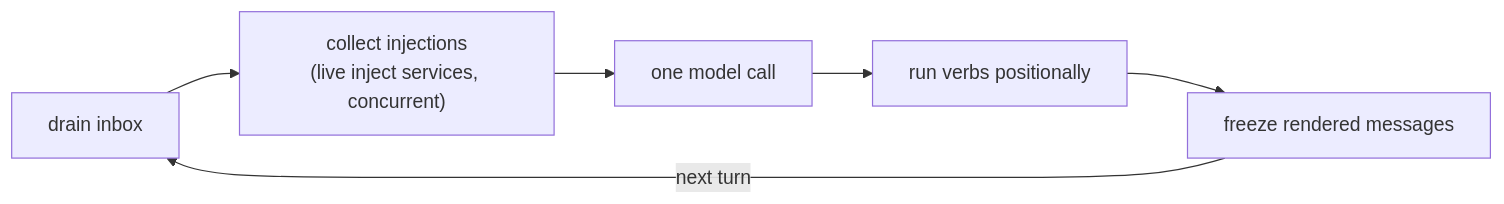
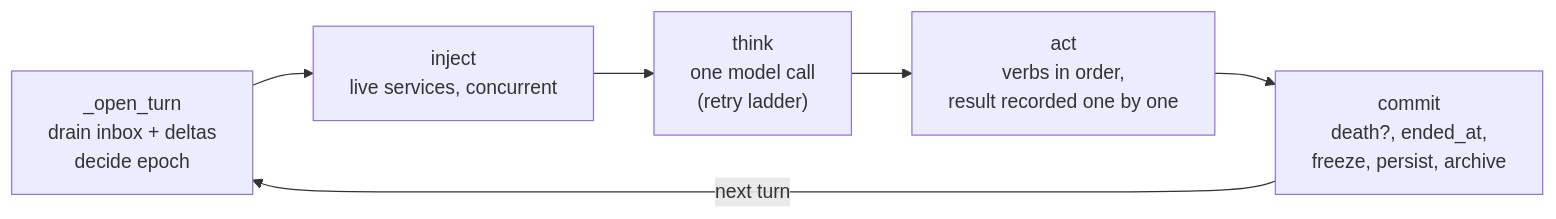
Before and after one commit to DarkSpaceY/NAN-itself: the second of 7 diagrams in docs/for-contributors/architecture.md, drawn with Mermaid. The commit also changed other lines of this file and 14 other files, not shown here.

````diff
--- a/docs/for-contributors/architecture.md
+++ b/docs/for-contributors/architecture.md
@@ -51,8 +190,8 @@
 ```mermaid
 flowchart LR
-    A["drain inbox"] --> B["collect injections<br/>(live inject services, concurrent)"]
-    B --> C["one model call"]
-    C --> D["run verbs positionally"]
-    D --> E["freeze rendered messages"]
-    E -->|"next turn"| A
+    O["_open_turn<br/>drain inbox + deltas<br/>decide epoch"] --> I["inject<br/>live services, concurrent"]
+    I --> T["think<br/>one model call<br/>(retry ladder)"]
+    T --> AC["act<br/>verbs in order,<br/>result recorded one by one"]
+    AC --> C["commit<br/>death?, ended_at,<br/>freeze, persist, archive"]
+    C -->|"next turn"| O
 ```
````
